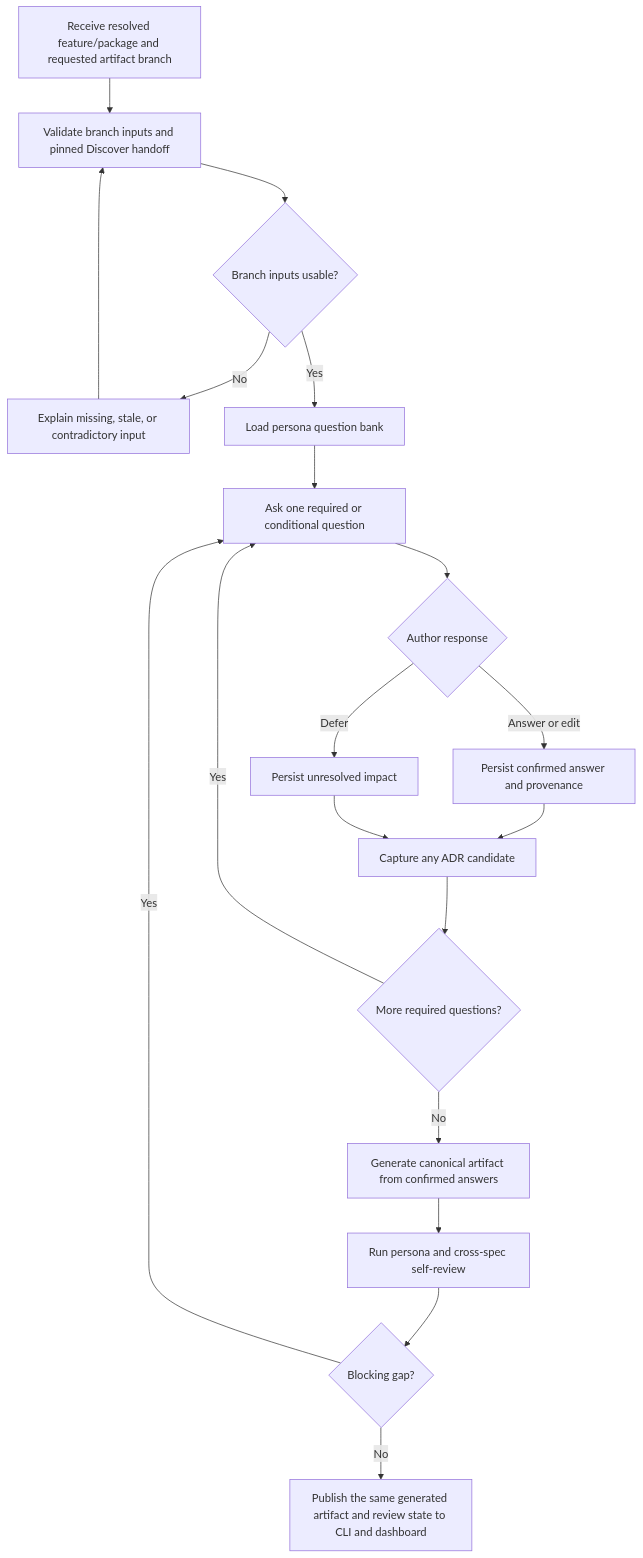
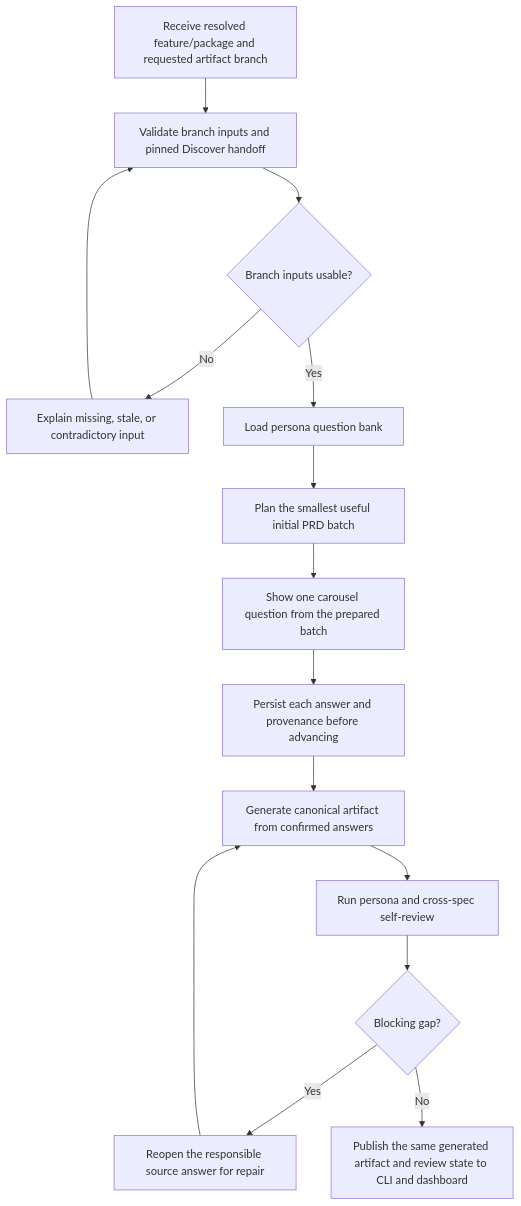
One commit to ArulaAI/workbench changed the diagram in specs/product/define-module/03-guided-authoring.md. Above: the diagram before and after it, drawn with Mermaid. The commit also changed other lines of this file and 94 other files, not shown here.

````diff
--- a/specs/product/define-module/03-guided-authoring.md
+++ b/specs/product/define-module/03-guided-authoring.md
@@ -24,21 +49,17 @@
 ```mermaid
 flowchart TD
     A["Receive resolved feature/package and requested artifact branch"] --> B["Validate branch inputs and pinned Discover handoff"]
     B --> C{"Branch inputs usable?"}
     C -- "No" --> D["Explain missing, stale, or contradictory input"]
     D --> B
     C -- "Yes" --> E["Load persona question bank"]
-    E --> F["Ask one required or conditional question"]
-    F --> H{"Author response"}
-    H -- "Answer or edit" --> I["Persist confirmed answer and provenance"]
-    H -- "Defer" --> J["Persist unresolved impact"]
-    I --> K["Capture any ADR candidate"]
-    J --> K
-    K --> L{"More required questions?"}
-    L -- "Yes" --> F
-    L -- "No" --> M["Generate canonical artifact from confirmed answers"]
+    E --> F["Plan the smallest useful initial PRD batch"]
+    F --> H["Show one carousel question from the prepared batch"]
+    H --> I["Persist each answer and provenance before advancing"]
+    I --> M["Generate canonical artifact from confirmed answers"]
     M --> N["Run persona and cross-spec self-review"]
     N --> O{"Blocking gap?"}
-    O -- "Yes" --> F
+    O -- "Yes" --> Q["Reopen the responsible source answer for repair"]
+    Q --> M
     O -- "No" --> P["Publish the same generated artifact and review state to CLI and dashboard"]
 ```
````
